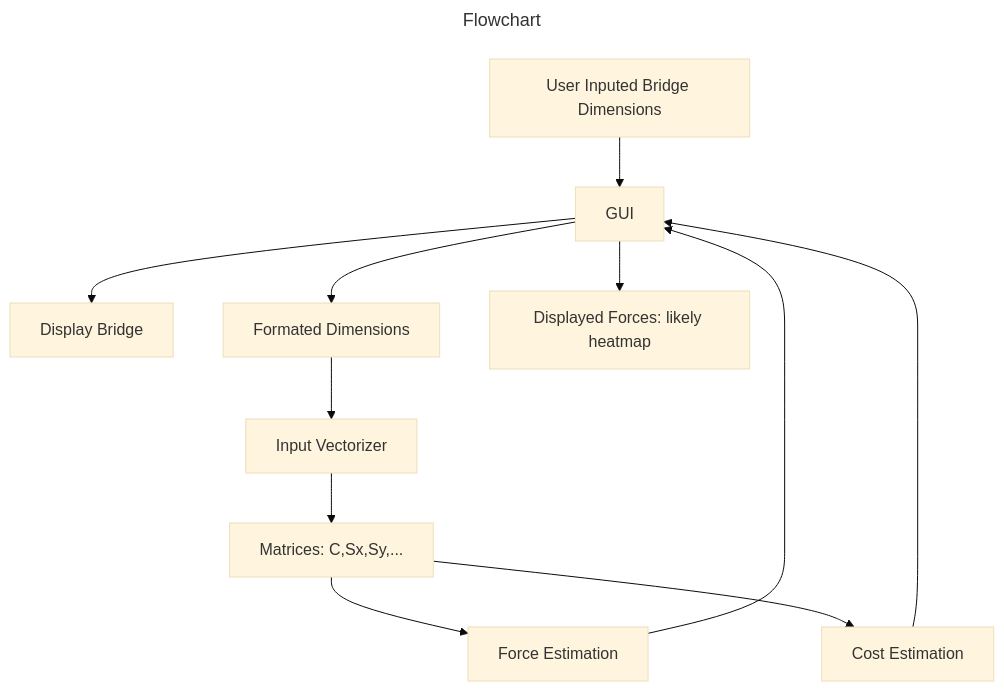
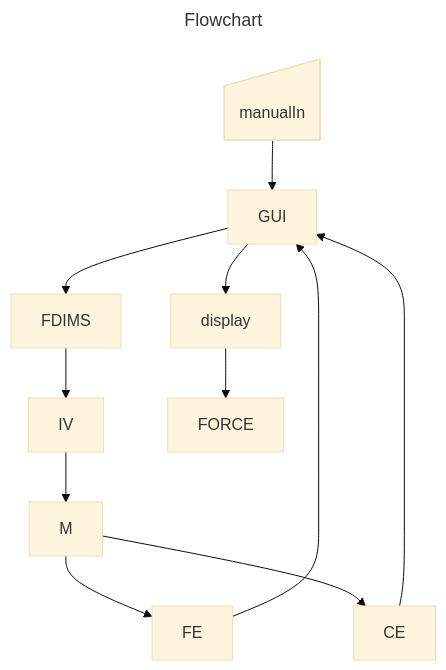
One commit to jesseAMRamos/Bridge_Sim_Engine changed the diagram in README.md. Above: the diagram before and after it, drawn with Mermaid (base theme).

Commit message:
Update flowchart syntax in README.md

````diff
--- a/README.md
+++ b/README.md
@@ -4,27 +4,27 @@
 ```mermaid
 ---
 title: Flowchart
 ---
 flowchart TD
-manualIn["User Inputed Bridge Dimensions"]
-display["Display Bridge"]
-GUI["GUI"]
-FDIMS["Formated Dimensions"]
-IV["Input Vectorizer"]
-M["Matrices: C,Sx,Sy,..."]
-FE["Force Estimation"]
-CE["Cost Estimation"]
-FORCE["Displayed Forces: likely heatmap"]
+manualIn@{shape: manual-input,lable:"User Inputed Bridge Dimensions"}
+display@{shape:stadium, label:"Display Bridge"}
+GUI@{shape:rect,label:"GUI"}
+FDIMS@{shape:lean-r,label:"Formated Dimensions"}
+IV@{shape:rect,label:"Input Vectorizer"}
+M@{shape:lean-r,label:"Matrices: C,Sx,Sy,..."}
+FE@{shape:rect,label:"Force Estimation"}
+CE@{shape:rect,label:"Cost Estimation"}
+FORCE@{shape:stadium,label:"Displayed Forces: likely heatmap"}
 
 manualIn --> GUI
 GUI --> display
 GUI --> FDIMS
-GUI --> FORCE
 FDIMS --> IV
 IV --> M
 M --> FE
 M --> CE
 FE --> GUI
 CE --> GUI
+display --> FORCE
 
 ```
````
